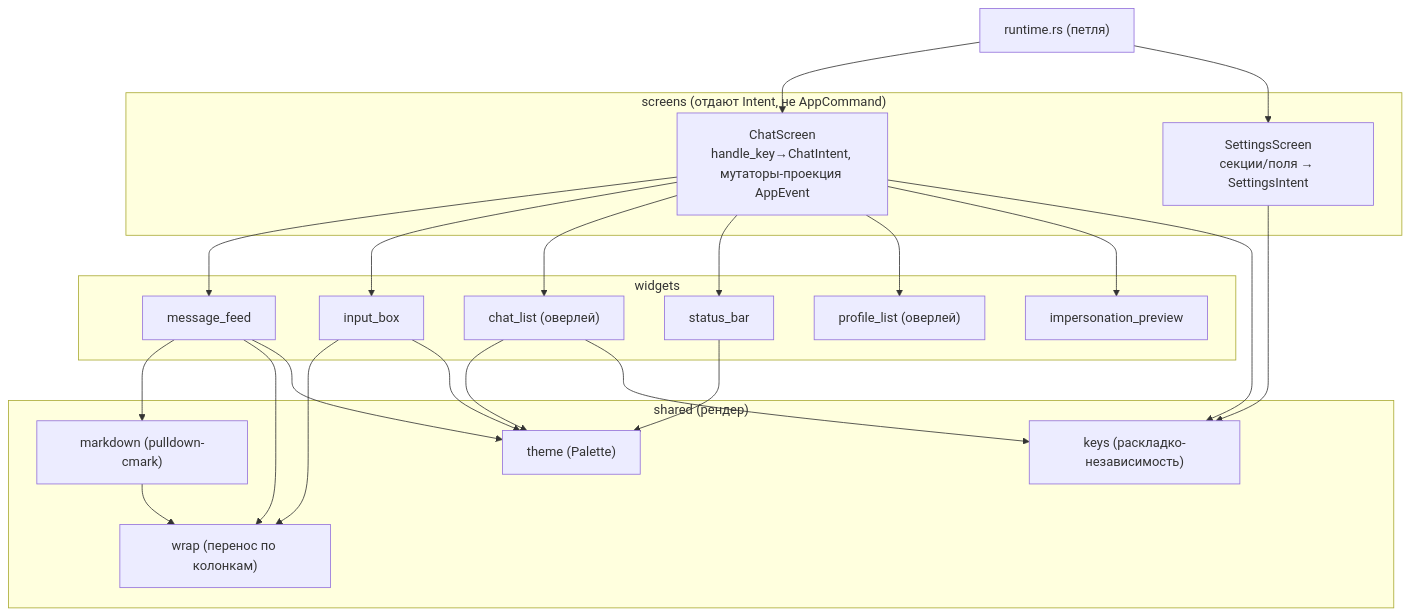
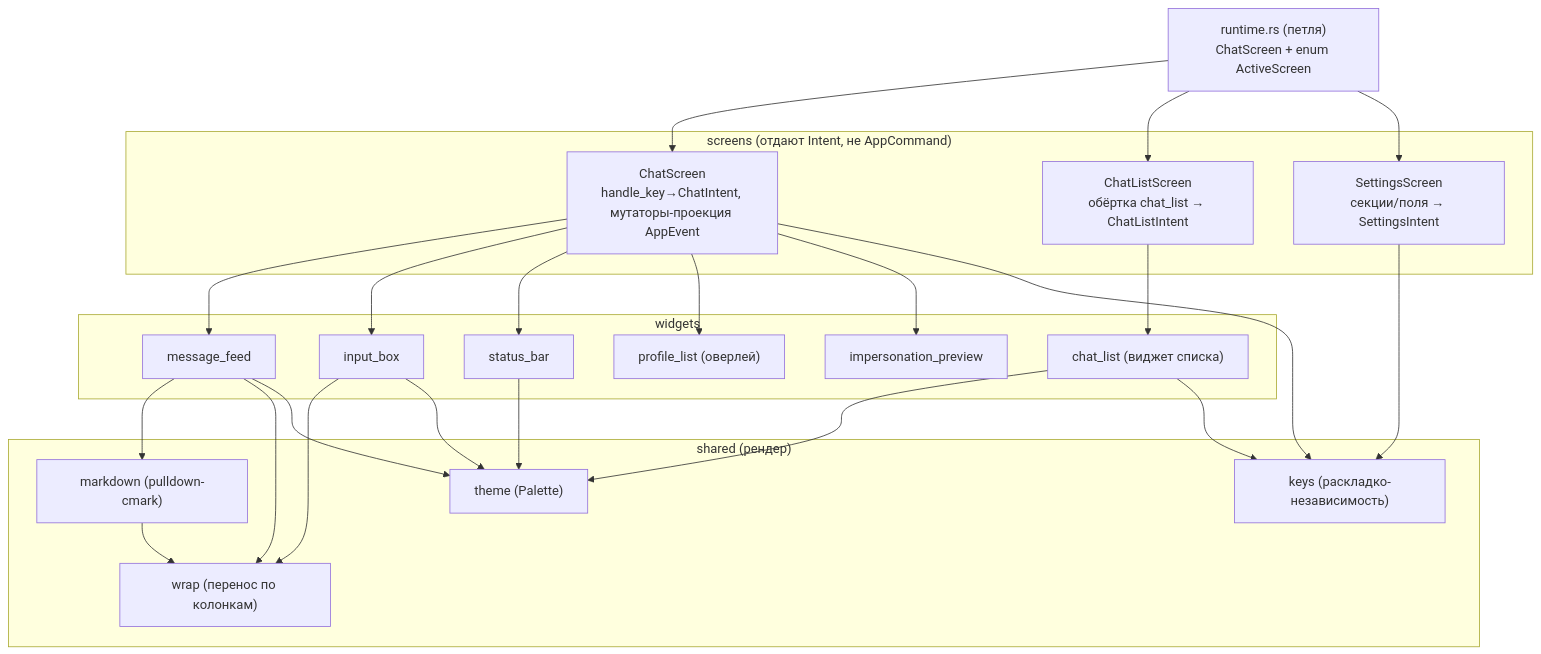
One commit to vshylov/mindfork-rs changed diagram 11 of 12 in docs/architecture.md. Above: the diagram before and after it, drawn with Mermaid. The commit also changed other lines of this file and 5 other files, not shown here.

````diff
--- a/docs/architecture.md
+++ b/docs/architecture.md
@@ -560,31 +568,34 @@
 ```mermaid
 flowchart TB
-    RT["runtime.rs (петля)"]
+    RT["runtime.rs (петля)<br/>ChatScreen + enum ActiveScreen"]
     subgraph SC["screens (отдают Intent, не AppCommand)"]
         CHAT["ChatScreen<br/>handle_key→ChatIntent, мутаторы-проекция AppEvent"]
+        CLS["ChatListScreen<br/>обёртка chat_list → ChatListIntent"]
         SET["SettingsScreen<br/>секции/поля → SettingsIntent"]
     end
     subgraph WG["widgets"]
         FEED["message_feed"]
         INP["input_box"]
-        CL["chat_list (оверлей)"]
+        CL["chat_list (виджет списка)"]
         SB["status_bar"]
         PL["profile_list (оверлей)"]
         IP["impersonation_preview"]
     end
     subgraph SH["shared (рендер)"]
         MD["markdown (pulldown-cmark)"]
         WR["wrap (перенос по колонкам)"]
         TH["theme (Palette)"]
         KEY["keys (раскладко-независимость)"]
     end
 
     RT --> CHAT
+    RT --> CLS
     RT --> SET
-    CHAT --> FEED & INP & CL & SB & PL & IP
+    CHAT --> FEED & INP & SB & PL & IP
+    CLS --> CL
     FEED --> MD --> WR
     FEED --> WR
     INP --> WR
     FEED & SB & INP & CL --> TH
     CHAT & SET & CL --> KEY
 ```
````
